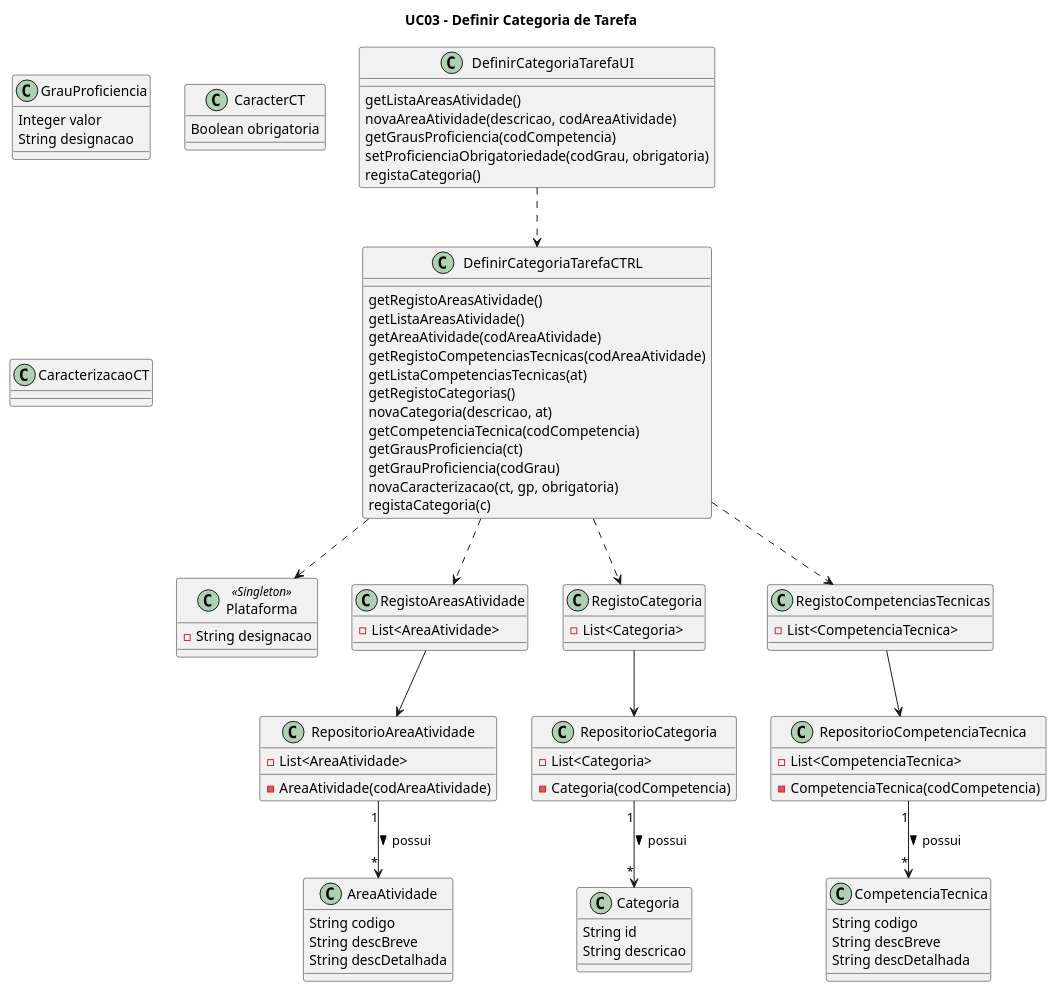
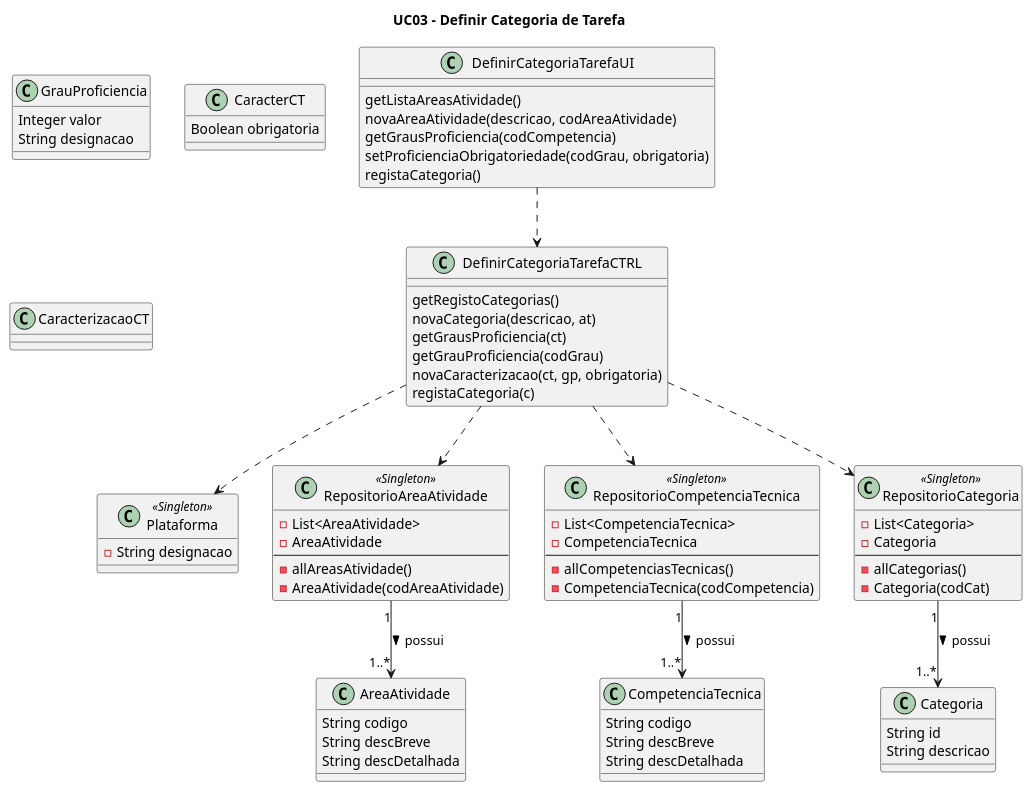
One commit to blestonbandeiraUPSKILL/upskill_java1_labprg_grupo2 changed the diagram in Sprint 2/UC03_Definir_Categoria_Tarefa/UC03_DiagClas_Definir_Categoria_Tarefa.wsd. Above: the diagram before and after it, drawn with PlantUML. The commit also changed 1 other file, not shown here.

```diff
--- a/Sprint 2/UC03_Definir_Categoria_Tarefa/UC03_DiagClas_Definir_Categoria_Tarefa.wsd
+++ b/Sprint 2/UC03_Definir_Categoria_Tarefa/UC03_DiagClas_Definir_Categoria_Tarefa.wsd
@@ -1,112 +1,97 @@
 @startuml
 title UC03 - Definir Categoria de Tarefa
 
 class Plataforma <<Singleton>> {
     -String designacao
 }
 
 class DefinirCategoriaTarefaUI{
    getListaAreasAtividade()
    novaAreaAtividade(descricao, codAreaAtividade)
    getGrausProficiencia(codCompetencia)
    setProficienciaObrigatoriedade(codGrau, obrigatoria)
    registaCategoria()
 }
 
 class DefinirCategoriaTarefaCTRL{
-   getRegistoAreasAtividade()
-   getListaAreasAtividade()
-   getAreaAtividade(codAreaAtividade)
-   getRegistoCompetenciasTecnicas(codAreaAtividade)
-   getListaCompetenciasTecnicas(at)
    getRegistoCategorias()
    novaCategoria(descricao, at)
-   getCompetenciaTecnica(codCompetencia)
    getGrausProficiencia(ct)
    getGrauProficiencia(codGrau)
    novaCaracterizacao(ct, gp, obrigatoria)
    registaCategoria(c)
-}
-
-class RegistoAreasAtividade{
-    - List<AreaAtividade>
-}
-
-class RegistoCategoria{
-    - List<Categoria>
-}
-
-class RegistoCompetenciasTecnicas{
-    - List<CompetenciaTecnica>
 }
 
 class AreaAtividade{
     String codigo
     String descBreve
     String descDetalhada
 }
 
-class Categoria{
-    String id 
-    String descricao
-}
-
 class CompetenciaTecnica{
     String codigo
     String descBreve
     String descDetalhada
+}
+
+class Categoria{
+    String id 
+    String descricao
 }
 
 class GrauProficiencia{
     Integer valor
     String designacao
 }
 
 class CaracterCT{
     Boolean obrigatoria
 }
 
 class CaracterizacaoCT{
     
 }
 
-class RepositorioAreaAtividade{
+class RepositorioAreaAtividade <<Singleton>>{
     -List<AreaAtividade>
+    -AreaAtividade
+    --
+    -allAreasAtividade()
     -AreaAtividade(codAreaAtividade)
 }
 
-class RepositorioCategoria{
-    -List<Categoria>
-    -Categoria(codCompetencia)
+class RepositorioCompetenciaTecnica <<Singleton>>{
+    -List<CompetenciaTecnica>
+    -CompetenciaTecnica
+    --
+    -allCompetenciasTecnicas()
+    -CompetenciaTecnica(codCompetencia)
 }
 
-class RepositorioCompetenciaTecnica{
-    -List<CompetenciaTecnica>
-    -CompetenciaTecnica(codCompetencia)
+class RepositorioCategoria <<Singleton>>{
+    -List<Categoria>
+    -Categoria
+    --
+    -allCategorias()
+    -Categoria(codCat)
 }
+
+
 
 DefinirCategoriaTarefaUI ..> DefinirCategoriaTarefaCTRL
 
 DefinirCategoriaTarefaCTRL ..> Plataforma
 
-DefinirCategoriaTarefaCTRL ..> RegistoAreasAtividade
+DefinirCategoriaTarefaCTRL ..> RepositorioAreaAtividade
 
-DefinirCategoriaTarefaCTRL ..> RegistoCategoria
+DefinirCategoriaTarefaCTRL ..> RepositorioCategoria
 
-DefinirCategoriaTarefaCTRL ..> RegistoCompetenciasTecnicas
+DefinirCategoriaTarefaCTRL ..> RepositorioCompetenciaTecnica
 
-RegistoAreasAtividade --> RepositorioAreaAtividade
+RepositorioAreaAtividade "1" --> "1..*" AreaAtividade: possui >
 
-RegistoCategoria --> RepositorioCategoria
+RepositorioCategoria "1" --> "1..*"  Categoria: possui >
 
-RegistoCompetenciasTecnicas --> RepositorioCompetenciaTecnica
-
-RepositorioAreaAtividade "1" --> "*" AreaAtividade: possui >
-
-RepositorioCategoria "1" --> "*"  Categoria: possui >
-
-RepositorioCompetenciaTecnica "1" --> "*" CompetenciaTecnica: possui >
-
-
+RepositorioCompetenciaTecnica "1" --> "1..*" CompetenciaTecnica: possui >
 
 @enduml
```
